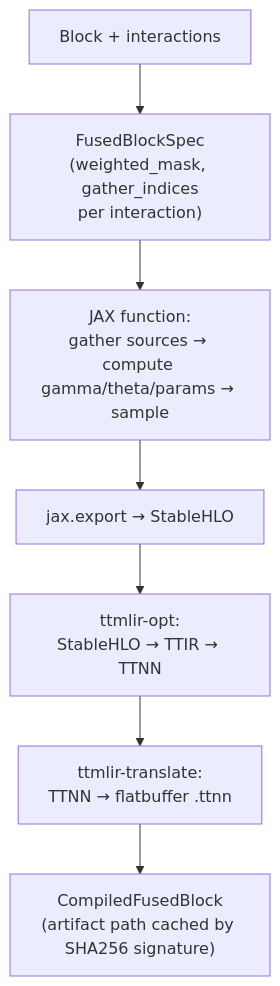
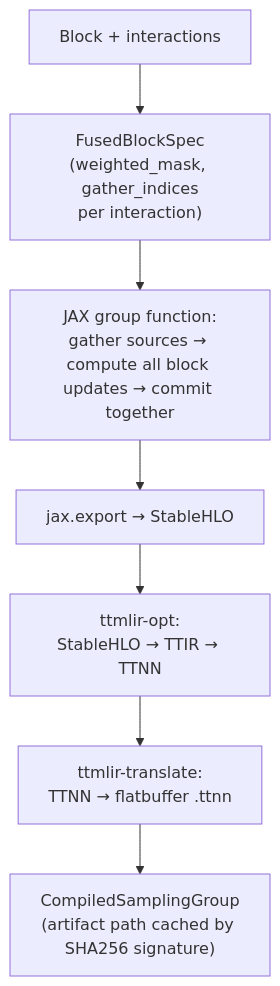
The second of 3 diagrams in docs/tt-thrml-internals.md (Specter-Research-Labs/tt-thrml), drawn with Mermaid before and after one commit. The commit also changed other lines of this file and 18 other files, not shown here.

````diff
--- a/docs/tt-thrml-internals.md
+++ b/docs/tt-thrml-internals.md
@@ -29,9 +29,9 @@
 ```mermaid
 flowchart TD
     A["Block + interactions"] --> B["FusedBlockSpec\n(weighted_mask, gather_indices\nper interaction)"]
-    B --> C["JAX function:\ngather sources → compute gamma/theta/params → sample"]
+    B --> C["JAX group function:\ngather sources → compute all block updates → commit together"]
     C --> D["jax.export → StableHLO"]
     D --> E["ttmlir-opt:\nStableHLO → TTIR → TTNN"]
     E --> F["ttmlir-translate:\nTTNN → flatbuffer .ttnn"]
-    F --> G["CompiledFusedBlock\n(artifact path cached by SHA256 signature)"]
+    F --> G["CompiledSamplingGroup\n(artifact path cached by SHA256 signature)"]
 ```
````
